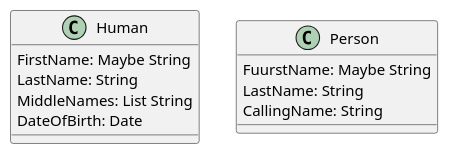
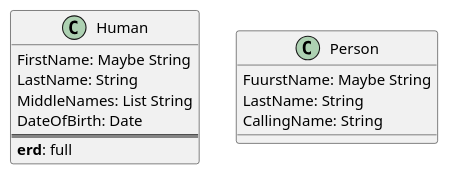
One commit to Baudin999/car-lang changed the diagram in Examples/output/v0.0.1/Plucking/Plucking.puml. Above: the diagram before and after it, drawn with PlantUML. The commit also changed 24 other files, not shown here.

```diff
--- a/Examples/output/v0.0.1/Plucking/Plucking.puml
+++ b/Examples/output/v0.0.1/Plucking/Plucking.puml
@@ -1,11 +1,13 @@
 class "Human" as Human  {
 	FirstName: Maybe String
 	LastName: String 
 	MiddleNames: List String
 	DateOfBirth: Date 
+===
+  <b>erd</b>: full
 }
 class "Person" as Person  {
 	FuurstName: Maybe String
 	LastName: String 
 	CallingName: String 
 }
```
